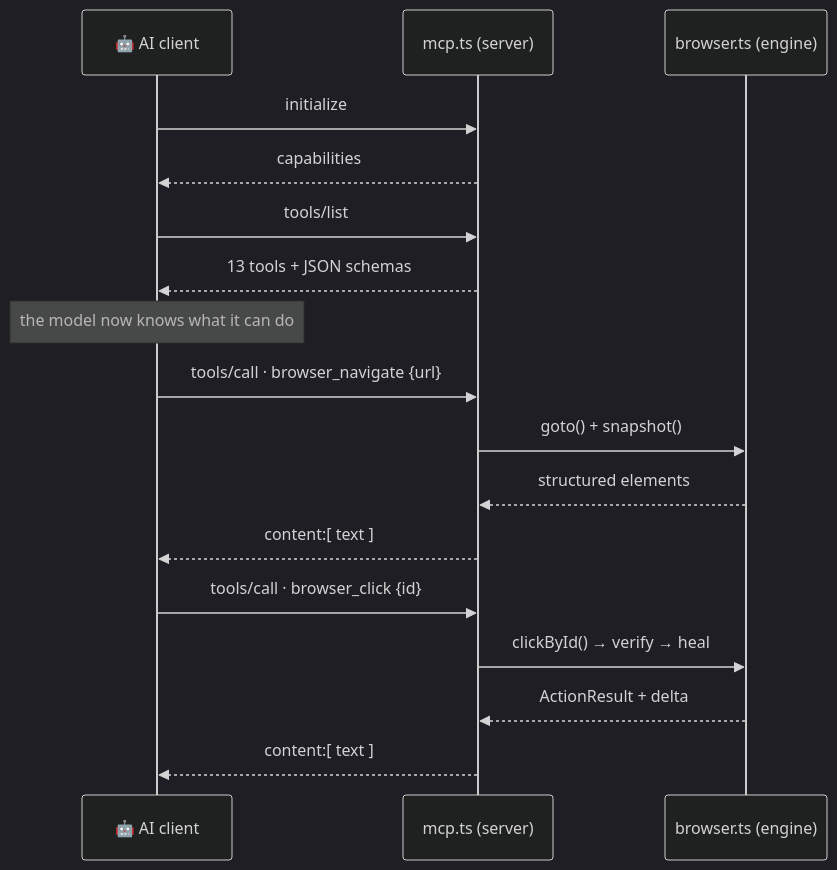
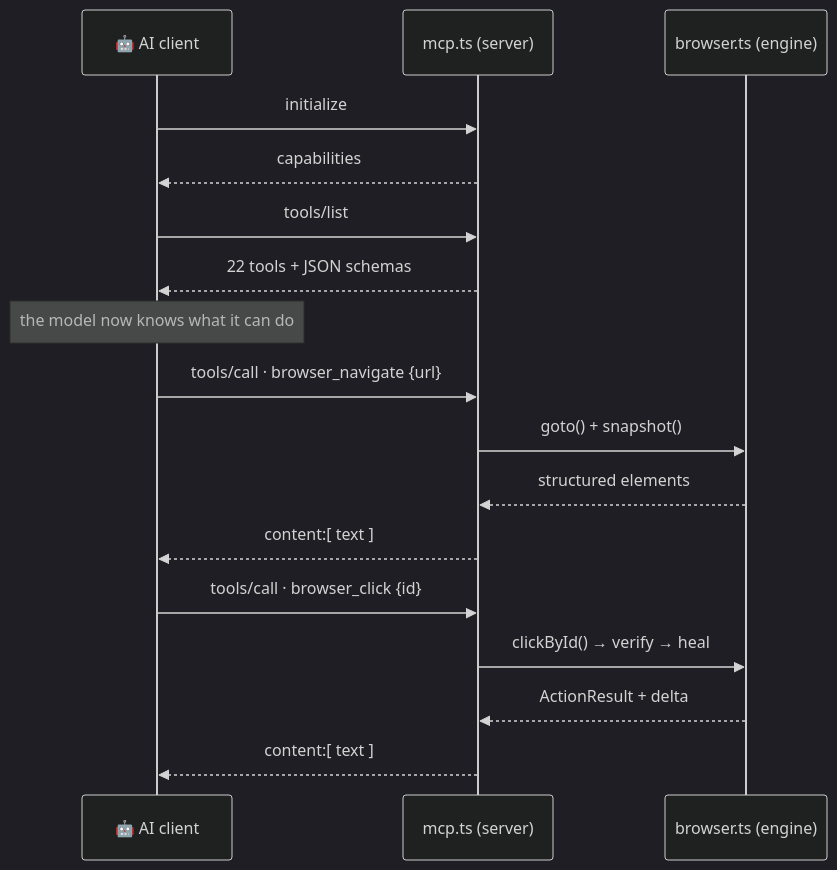
The third of 4 diagrams in README.md (HaidarESBER/ai-browser), drawn with Mermaid (dark theme) before and after one commit. The commit also changed other lines of this file and 4 other files, not shown here.

````diff
--- a/README.md
+++ b/README.md
@@ -124,19 +128,19 @@
 ```mermaid
 sequenceDiagram
     participant AI as 🤖 AI client
     participant S as mcp.ts (server)
     participant E as browser.ts (engine)
     AI->>S: initialize
     S-->>AI: capabilities
     AI->>S: tools/list
-    S-->>AI: 13 tools + JSON schemas
+    S-->>AI: 22 tools + JSON schemas
     Note over AI: the model now knows what it can do
     AI->>S: tools/call · browser_navigate {url}
     S->>E: goto() + snapshot()
     E-->>S: structured elements
     S-->>AI: content:[ text ]
     AI->>S: tools/call · browser_click {id}
     S->>E: clickById() → verify → heal
     E-->>S: ActionResult + delta
     S-->>AI: content:[ text ]
 ```
````
